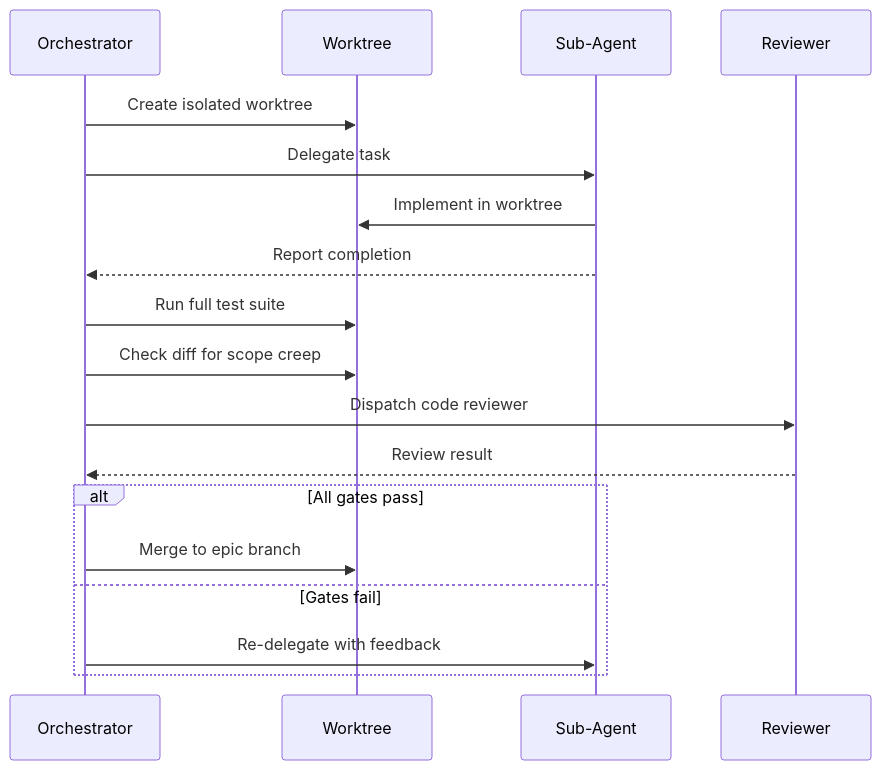
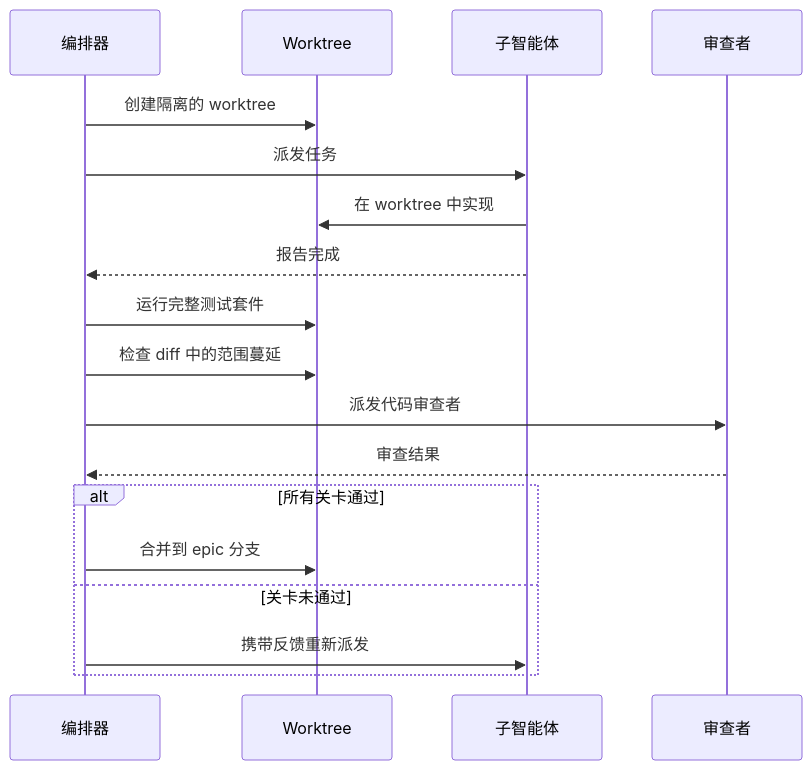
The third of 3 diagrams in docs/zh/workflow.md (DollarDill/beads-superpowers), drawn with Mermaid before and after one commit. The commit also changed other lines of this file and 1 other file, not shown here.

````diff
--- a/docs/zh/workflow.md
+++ b/docs/zh/workflow.md
@@ -129,21 +145,21 @@
 ```mermaid
 sequenceDiagram
-  participant O as Orchestrator
+  participant O as 编排器
   participant W as Worktree
-  participant S as Sub-Agent
-  participant R as Reviewer
+  participant S as 子智能体
+  participant R as 审查者
 
-  O->>W: Create isolated worktree
-  O->>S: Delegate task
-  S->>W: Implement in worktree
-  S-->>O: Report completion
-  O->>W: Run full test suite
-  O->>W: Check diff for scope creep
-  O->>R: Dispatch code reviewer
-  R-->>O: Review result
-  alt All gates pass
-    O->>W: Merge to epic branch
-  else Gates fail
-    O->>S: Re-delegate with feedback
+  O->>W: 创建隔离的 worktree
+  O->>S: 派发任务
+  S->>W: 在 worktree 中实现
+  S-->>O: 报告完成
+  O->>W: 运行完整测试套件
+  O->>W: 检查 diff 中的范围蔓延
+  O->>R: 派发代码审查者
+  R-->>O: 审查结果
+  alt 所有关卡通过
+    O->>W: 合并到 epic 分支
+  else 关卡未通过
+    O->>S: 携带反馈重新派发
   end
 ```
````
